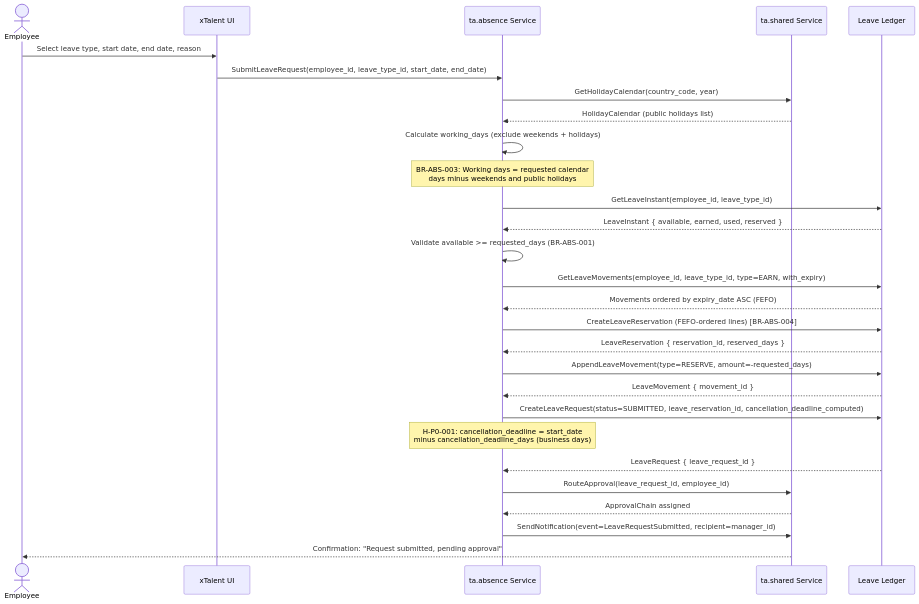
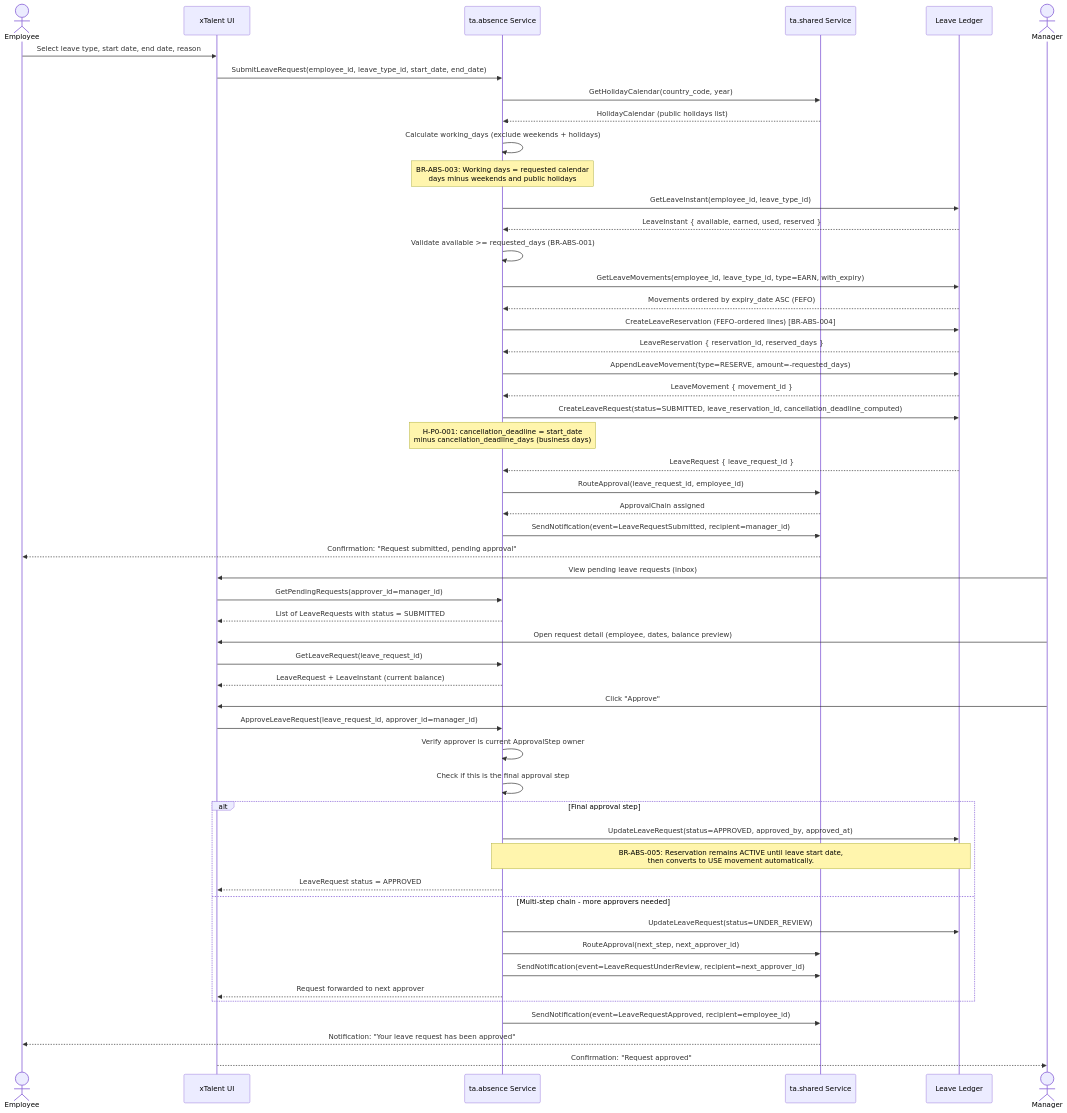
Before and after one commit to a4b-corporation/xTalent: the first of 5 diagrams in docs/01-modules/TA/03.domain/absence/flows/submit-leave-request.flow.md, drawn with Mermaid. The commit also changed other lines of this file and 125 other files, not shown here.

Commit message:
docs: sync from a4b-doc - update TA flow

````diff
--- a/docs/01-modules/TA/03.domain/absence/flows/submit-leave-request.flow.md
+++ b/docs/01-modules/TA/03.domain/absence/flows/submit-leave-request.flow.md
@@ -49,41 +69,73 @@
 ```mermaid
 sequenceDiagram
     actor Employee
     participant UI as xTalent UI
     participant ABS as ta.absence Service
     participant SHD as ta.shared Service
     participant DB as Leave Ledger
+    actor Manager
 
+    %% === PHASE 1: EMPLOYEE SUBMITS ===
     Employee->>UI: Select leave type, start date, end date, reason
     UI->>ABS: SubmitLeaveRequest(employee_id, leave_type_id, start_date, end_date)
 
     ABS->>SHD: GetHolidayCalendar(country_code, year)
     SHD-->>ABS: HolidayCalendar (public holidays list)
 
     ABS->>ABS: Calculate working_days (exclude weekends + holidays)
     Note over ABS: BR-ABS-003: Working days = requested calendar<br/>days minus weekends and public holidays
 
     ABS->>DB: GetLeaveInstant(employee_id, leave_type_id)
     DB-->>ABS: LeaveInstant { available, earned, used, reserved }
 
     ABS->>ABS: Validate available >= requested_days (BR-ABS-001)
 
     ABS->>DB: GetLeaveMovements(employee_id, leave_type_id, type=EARN, with_expiry)
     DB-->>ABS: Movements ordered by expiry_date ASC (FEFO)
 
     ABS->>DB: CreateLeaveReservation (FEFO-ordered lines) [BR-ABS-004]
     DB-->>ABS: LeaveReservation { reservation_id, reserved_days }
 
     ABS->>DB: AppendLeaveMovement(type=RESERVE, amount=-requested_days)
     DB-->>ABS: LeaveMovement { movement_id }
 
     ABS->>DB: CreateLeaveRequest(status=SUBMITTED, leave_reservation_id, cancellation_deadline_computed)
     Note over ABS: H-P0-001: cancellation_deadline = start_date<br/>minus cancellation_deadline_days (business days)
     DB-->>ABS: LeaveRequest { leave_request_id }
 
     ABS->>SHD: RouteApproval(leave_request_id, employee_id)
     SHD-->>ABS: ApprovalChain assigned
 
     ABS->>SHD: SendNotification(event=LeaveRequestSubmitted, recipient=manager_id)
     SHD-->>Employee: Confirmation: "Request submitted, pending approval"
+
+    %% === PHASE 2: MANAGER REVIEWS & APPROVES ===
+    Manager->>UI: View pending leave requests (inbox)
+    UI->>ABS: GetPendingRequests(approver_id=manager_id)
+    ABS-->>UI: List of LeaveRequests with status = SUBMITTED
+
+    Manager->>UI: Open request detail (employee, dates, balance preview)
+    UI->>ABS: GetLeaveRequest(leave_request_id)
+    ABS-->>UI: LeaveRequest + LeaveInstant (current balance)
+
+    Manager->>UI: Click "Approve"
+    UI->>ABS: ApproveLeaveRequest(leave_request_id, approver_id=manager_id)
+
+    ABS->>ABS: Verify approver is current ApprovalStep owner
+    ABS->>ABS: Check if this is the final approval step
+
+    alt Final approval step
+        ABS->>DB: UpdateLeaveRequest(status=APPROVED, approved_by, approved_at)
+        Note over ABS,DB: BR-ABS-005: Reservation remains ACTIVE until leave start date,<br/>then converts to USE movement automatically.
+        ABS-->>UI: LeaveRequest status = APPROVED
+    else Multi-step chain - more approvers needed
+        ABS->>DB: UpdateLeaveRequest(status=UNDER_REVIEW)
+        ABS->>SHD: RouteApproval(next_step, next_approver_id)
+        ABS->>SHD: SendNotification(event=LeaveRequestUnderReview, recipient=next_approver_id)
+        ABS-->>UI: Request forwarded to next approver
+    end
+
+    ABS->>SHD: SendNotification(event=LeaveRequestApproved, recipient=employee_id)
+    SHD-->>Employee: Notification: "Your leave request has been approved"
+    UI-->>Manager: Confirmation: "Request approved"
 ```
````
